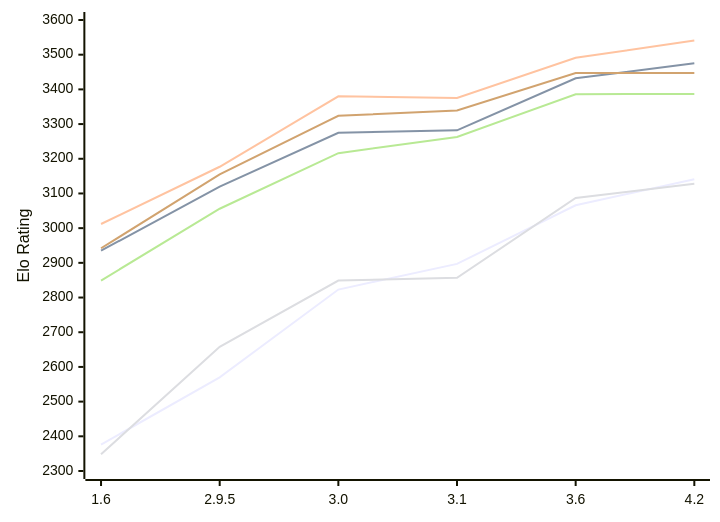
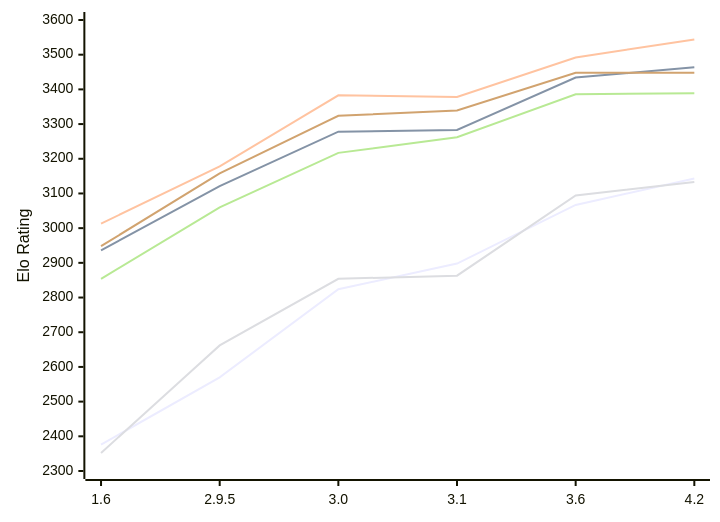
The diagram in engines/Chessenger.md (computer-chess-index/cci), drawn with Mermaid before and after one commit. The commit also changed other lines of this file, not shown here.

Commit message:
Update CCI Ratings (ELO VLTC) - 2026-11-17

````diff
--- a/engines/Chessenger.md
+++ b/engines/Chessenger.md
@@ -57,12 +57,12 @@
 ```mermaid
 %%{init: {"theme":"base","themeVariables":{"seriesColors:['#a3a3a3','#222221','#faa371']}}}%%
 xychart-beta
   x-axis ["1.6", "2.9.5", "3.0", "3.1", "3.6", "4.2"]
   y-axis "Elo Rating" 2300 --> 3600
-  line "E1: STC (8.0+0.08s)" [2376, 2570, 2823, 2897, 3066, 3141]
-  line "E1: LTC (60.0+0.60s)" [2935, 3120, 3275, 3282, 3432, 3475]
-  line "E1: VLTC (2m24s+1.12s)" [3012, 3177, 3380, 3375, 3491, 3541]
-  line "P1: STC (8.0+0.08s)" [2348, 2658, 2849, 2857, 3087, 3128]
-  line "P1: LTC (60.0+0.60s)" [2849, 3056, 3216, 3263, 3386, 3387]
-  line "P1: VLTC (2m24s+1.12s)" [2942, 3155, 3324, 3339, 3447, 3447]
+  line "E1: STC (8.0+0.08s)" [2376, 2570, 2824, 2898, 3067, 3143]
+  line "E1: LTC (60.0+0.60s)" [2936, 3121, 3278, 3283, 3434, 3464]
+  line "E1: VLTC (2m24s+1.12s)" [3013, 3178, 3383, 3378, 3492, 3544]
+  line "P1: STC (8.0+0.08s)" [2352, 2662, 2854, 2863, 3094, 3133]
+  line "P1: LTC (60.0+0.60s)" [2854, 3060, 3217, 3262, 3386, 3389]
+  line "P1: VLTC (2m24s+1.12s)" [2948, 3158, 3324, 3339, 3448, 3448]
 ```
````
